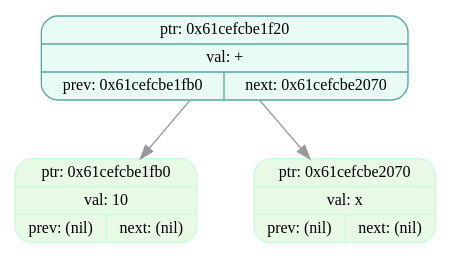
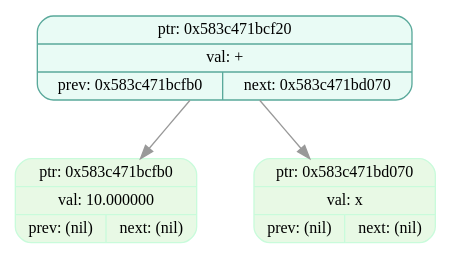
One commit to EvilTomato9890/Difference changed the diagram in dumps/tree_dump_002.dot. Above: the diagram before and after it, drawn with Graphviz. The commit also changed 36 other files, not shown here.

```diff
--- a/dumps/tree_dump_002.dot
+++ b/dumps/tree_dump_002.dot
@@ -1,9 +1,9 @@
 digraph T{
   node [fontname="Fira Mono",shape=record,style="filled,rounded",fontsize=12];
   graph [splines=true, nodesep=0.6, ranksep=0.6];
-  node_0x61cefcbe1f20[shape=record,label="{ {ptr: 0x61cefcbe1f20} | {val: +} | { prev: 0x61cefcbe1fb0 | next: 0x61cefcbe2070 } }",color="#5aa99b",fillcolor="#e9fbf5"];
-  node_0x61cefcbe1fb0[shape=record,label="{ {ptr: 0x61cefcbe1fb0} | {val: 10} | { prev: (nil) | next: (nil) } }",color="#c9fbdbff",fillcolor="#e8f9e5ff"];
-  node_0x61cefcbe2070[shape=record,label="{ {ptr: 0x61cefcbe2070} | {val: x} | { prev: (nil) | next: (nil) } }",color="#c9fbdbff",fillcolor="#e8f9e5ff"];
-  node_0x61cefcbe1f20 -> node_0x61cefcbe1fb0 [color="#999999"];
-  node_0x61cefcbe1f20 -> node_0x61cefcbe2070 [color="#999999"];
+  node_0x583c471bcf20[shape=record,label="{ {ptr: 0x583c471bcf20} | {val: +} | { prev: 0x583c471bcfb0 | next: 0x583c471bd070 } }",color="#5aa99b",fillcolor="#e9fbf5"];
+  node_0x583c471bcfb0[shape=record,label="{ {ptr: 0x583c471bcfb0} | {val: 10.000000} | { prev: (nil) | next: (nil) } }",color="#c9fbdbff",fillcolor="#e8f9e5ff"];
+  node_0x583c471bd070[shape=record,label="{ {ptr: 0x583c471bd070} | {val: x} | { prev: (nil) | next: (nil) } }",color="#c9fbdbff",fillcolor="#e8f9e5ff"];
+  node_0x583c471bcf20 -> node_0x583c471bcfb0 [color="#999999"];
+  node_0x583c471bcf20 -> node_0x583c471bd070 [color="#999999"];
 }
```
